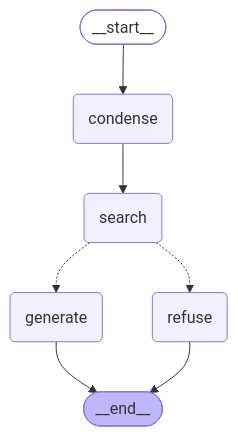
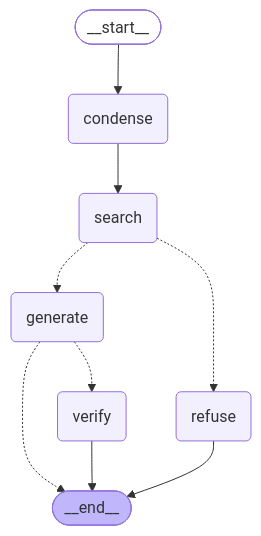
The diagram in README.md (Youssouf46/assistant-rh-rag), drawn with Mermaid before and after one commit. The commit also changed other lines of this file and 5 other files, not shown here.

````diff
--- a/README.md
+++ b/README.md
@@ -133,18 +140,21 @@
 ```mermaid
 graph TD;
 	__start__([<p>__start__</p>]):::first
 	condense(condense)
 	search(search)
 	generate(generate)
 	refuse(refuse)
+	verify(verify)
 	__end__([<p>__end__</p>]):::last
 	__start__ --> condense;
 	condense --> search;
+	generate -.-> __end__;
+	generate -.-> verify;
 	search -.-> generate;
 	search -.-> refuse;
-	generate --> __end__;
 	refuse --> __end__;
+	verify --> __end__;
 	classDef default fill:#f2f0ff,line-height:1.2
 	classDef first fill-opacity:0
 	classDef last fill:#bfb6fc
 ```
````
